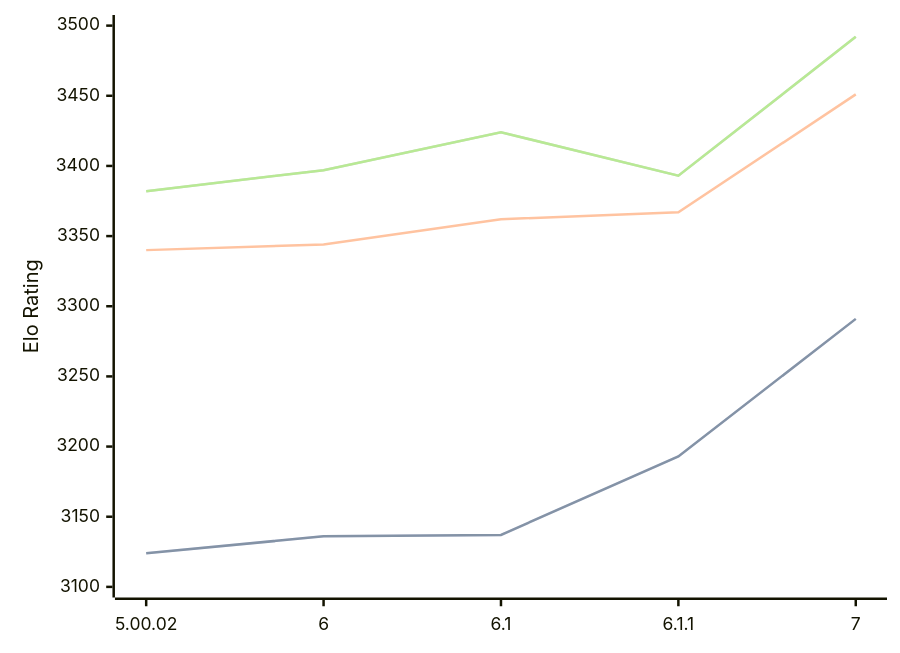
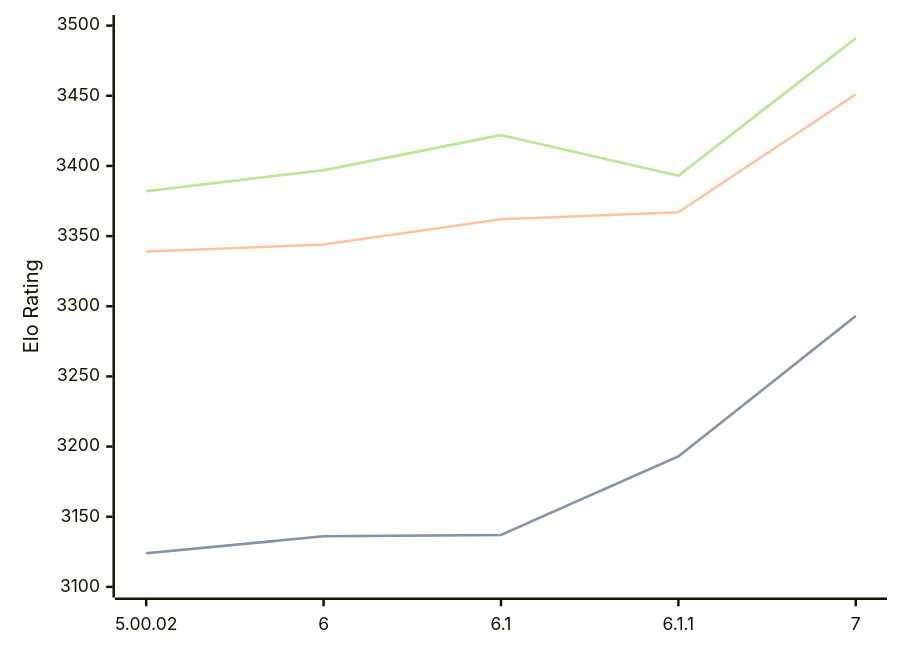
One commit to computer-chess-index/cci changed the diagram in engines/Zangdar.md. Above: the diagram before and after it, drawn with Mermaid. The commit also changed other lines of this file, not shown here.

Commit message:
Update CCI Ratings (ELO VLTC) - 2026-08-02

````diff
--- a/engines/Zangdar.md
+++ b/engines/Zangdar.md
@@ -47,11 +47,11 @@
 ```mermaid
 %%{init: {"theme":"base","themeVariables":{"seriesColors:['#a3a3a3','#222221','#faa371']}}}%%
 xychart-beta
   x-axis ["5.00.02", "6", "6.1", "6.1.1", "7"]
   y-axis "Elo Rating" 3100 --> 3500
-  line "STC (8.0+0.08s)" [3124, 3136, 3137, 3193, 3291]
-  line "STC (8.0+0.08s)" [3124, 3136, 3137, 3193, 3291]
-  line "LTC (60.0+0.60s)" [3340, 3344, 3362, 3367, 3451]
-  line "VLTC (2m24s+1.12s)" [3382, 3397, 3424, 3393, 3492]
-  line "VLTC (2m24s+1.12s)" [3382, 3397, 3424, 3393, 3492]
+  line "STC (8.0+0.08s)" [3124, 3136, 3137, 3193, 3293]
+  line "STC (8.0+0.08s)" [3124, 3136, 3137, 3193, 3293]
+  line "LTC (60.0+0.60s)" [3339, 3344, 3362, 3367, 3451]
+  line "VLTC (2m24s+1.12s)" [3382, 3397, 3422, 3393, 3491]
+  line "VLTC (2m24s+1.12s)" [3382, 3397, 3422, 3393, 3491]
 ```
````
